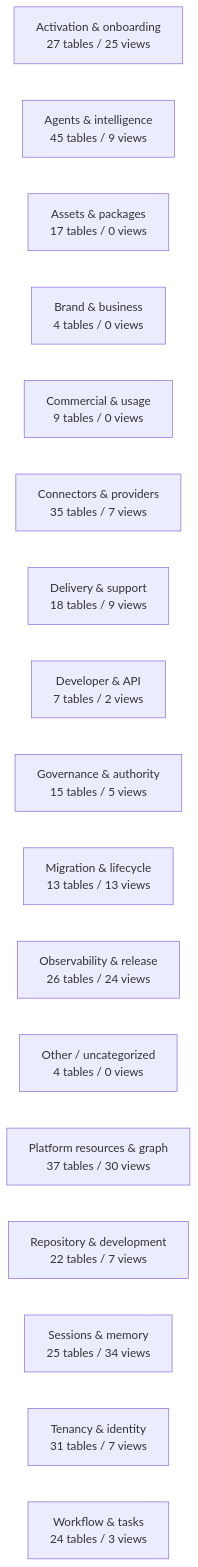
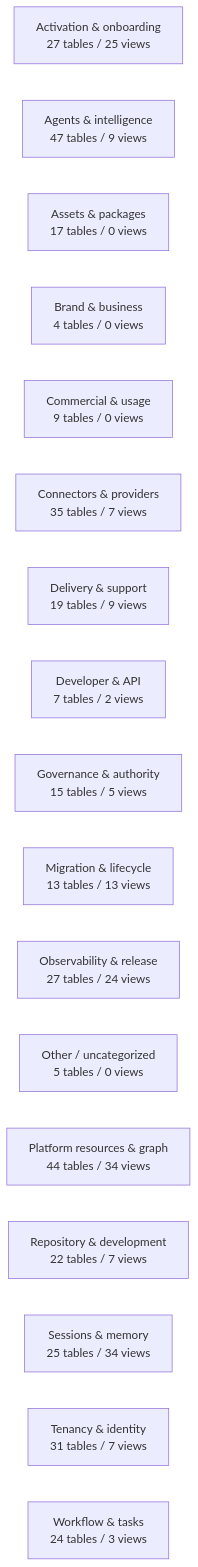
The diagram in docs/work-maps/data-model-domain-map.md (mad4bdigital-ai/multi-business-multi-role-growth-intelligence-os), drawn with Mermaid before and after one commit. The commit also changed other lines of this file and 11 other files, not shown here.

````diff
--- a/docs/work-maps/data-model-domain-map.md
+++ b/docs/work-maps/data-model-domain-map.md
@@ -9,20 +9,20 @@
 ```mermaid
 flowchart LR
   n_Activation___onboarding["Activation & onboarding<br/>27 tables / 25 views"]
-  n_Agents___intelligence["Agents & intelligence<br/>45 tables / 9 views"]
+  n_Agents___intelligence["Agents & intelligence<br/>47 tables / 9 views"]
   n_Assets___packages["Assets & packages<br/>17 tables / 0 views"]
   n_Brand___business["Brand & business<br/>4 tables / 0 views"]
   n_Commercial___usage["Commercial & usage<br/>9 tables / 0 views"]
   n_Connectors___providers["Connectors & providers<br/>35 tables / 7 views"]
-  n_Delivery___support["Delivery & support<br/>18 tables / 9 views"]
+  n_Delivery___support["Delivery & support<br/>19 tables / 9 views"]
   n_Developer___API["Developer & API<br/>7 tables / 2 views"]
   n_Governance___authority["Governance & authority<br/>15 tables / 5 views"]
   n_Migration___lifecycle["Migration & lifecycle<br/>13 tables / 13 views"]
-  n_Observability___release["Observability & release<br/>26 tables / 24 views"]
-  n_Other___uncategorized["Other / uncategorized<br/>4 tables / 0 views"]
-  n_Platform_resources___graph["Platform resources & graph<br/>37 tables / 30 views"]
+  n_Observability___release["Observability & release<br/>27 tables / 24 views"]
+  n_Other___uncategorized["Other / uncategorized<br/>5 tables / 0 views"]
+  n_Platform_resources___graph["Platform resources & graph<br/>44 tables / 34 views"]
   n_Repository___development["Repository & development<br/>22 tables / 7 views"]
   n_Sessions___memory["Sessions & memory<br/>25 tables / 34 views"]
   n_Tenancy___identity["Tenancy & identity<br/>31 tables / 7 views"]
   n_Workflow___tasks["Workflow & tasks<br/>24 tables / 3 views"]
 ```
````
